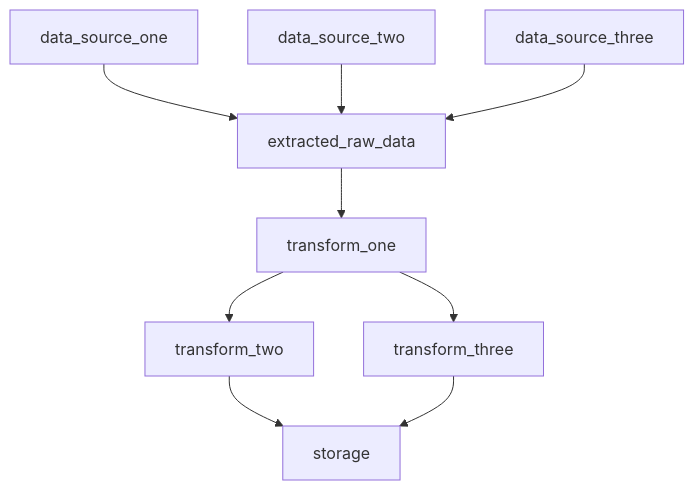
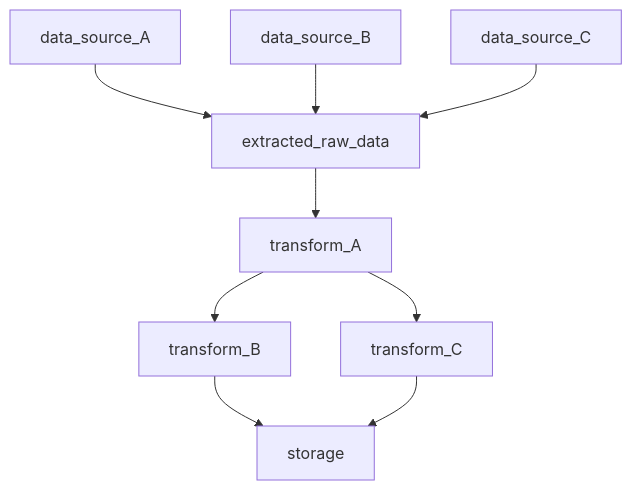
The diagram in README.md (Dixboi/Data-Engineering), drawn with Mermaid before and after one commit. The commit also changed other lines of this file, not shown here.

````diff
--- a/README.md
+++ b/README.md
@@ -60,11 +60,11 @@
 ```mermaid
 graph TD;
-    data_source_one-->extracted_raw_data;
-    data_source_two-->extracted_raw_data;
-    data_source_three-->extracted_raw_data;
-    extracted_raw_data-->transform_one;
-    transform_one-->transform_two;
-    transform_one-->transform_three;
-    transform_two-->storage;
-    transform_three-->storage;
+    data_source_A-->extracted_raw_data;
+    data_source_B-->extracted_raw_data;
+    data_source_C-->extracted_raw_data;
+    extracted_raw_data-->transform_A;
+    transform_A-->transform_B;
+    transform_A-->transform_C;
+    transform_B-->storage;
+    transform_C-->storage;
 ```
````
